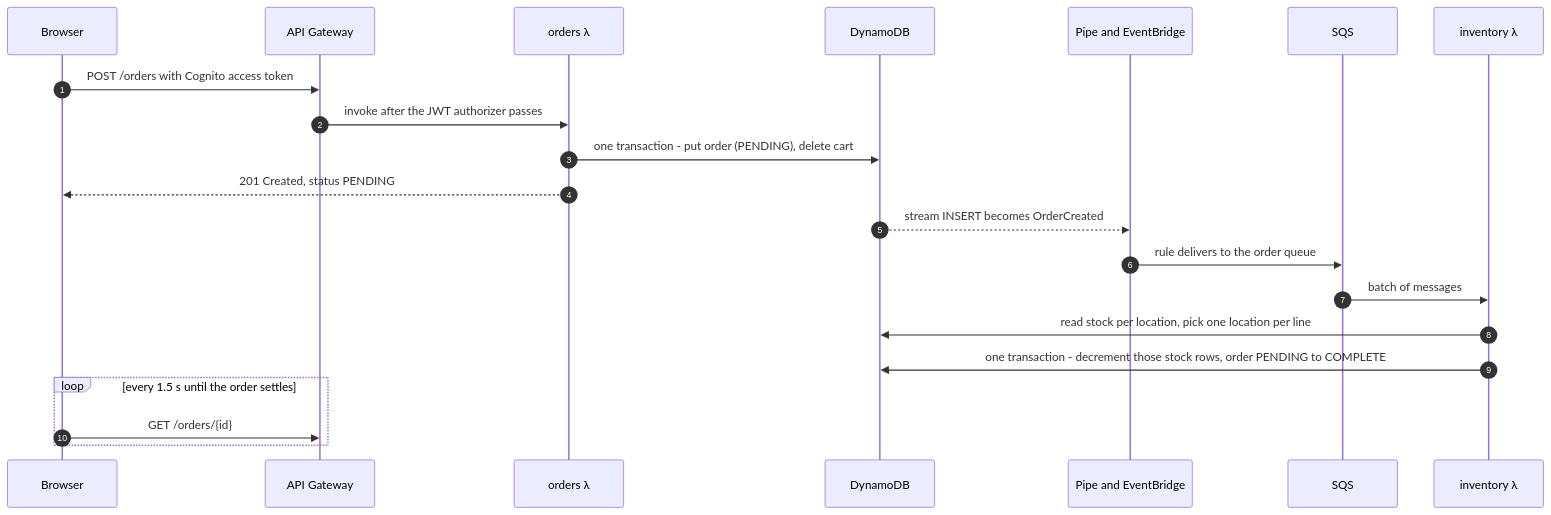
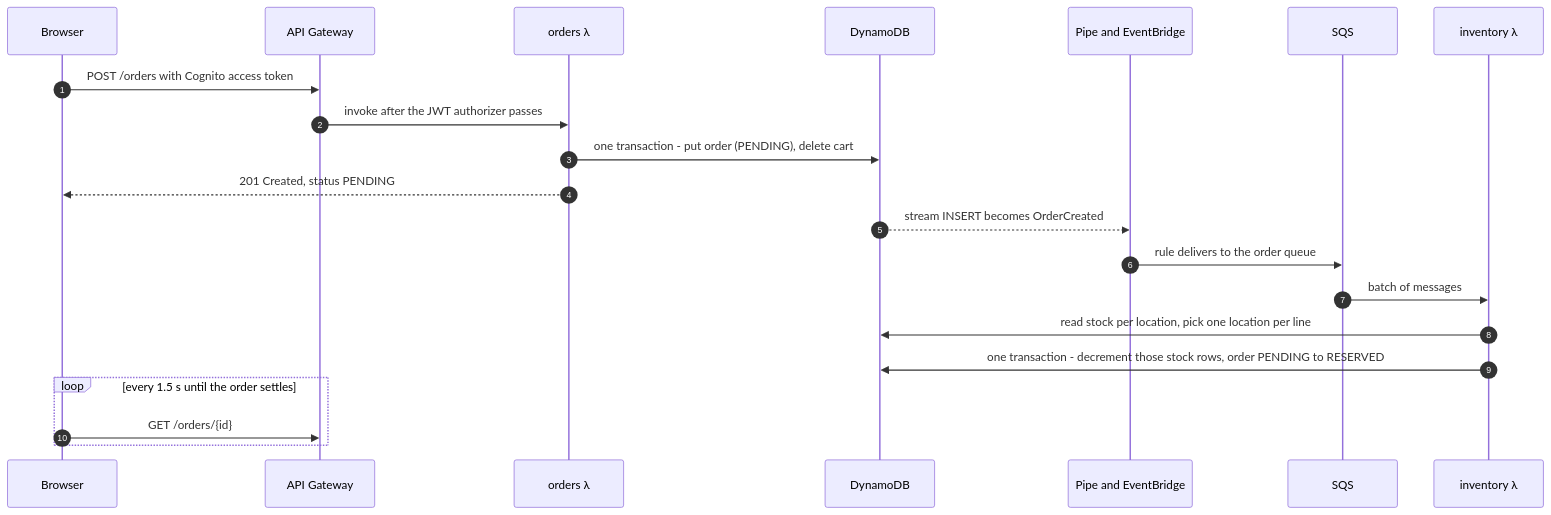
Before and after one commit to chateauJ/cloudcart: the second of 3 diagrams in README.md, drawn with Mermaid. The commit also changed other lines of this file and 26 other files, not shown here.

````diff
--- a/README.md
+++ b/README.md
@@ -54,23 +58,23 @@
 ```mermaid
 sequenceDiagram
     autonumber
     participant B as Browser
     participant API as API Gateway
     participant O as orders λ
     participant DB as DynamoDB
     participant EB as Pipe and EventBridge
     participant Q as SQS
     participant I as inventory λ
     B->>API: POST /orders with Cognito access token
     API->>O: invoke after the JWT authorizer passes
     O->>DB: one transaction - put order (PENDING), delete cart
     O-->>B: 201 Created, status PENDING
     DB-->>EB: stream INSERT becomes OrderCreated
     EB->>Q: rule delivers to the order queue
     Q->>I: batch of messages
     I->>DB: read stock per location, pick one location per line
-    I->>DB: one transaction - decrement those stock rows, order PENDING to COMPLETE
+    I->>DB: one transaction - decrement those stock rows, order PENDING to RESERVED
     loop every 1.5 s until the order settles
         B->>API: GET /orders/{id}
     end
 ```
````
